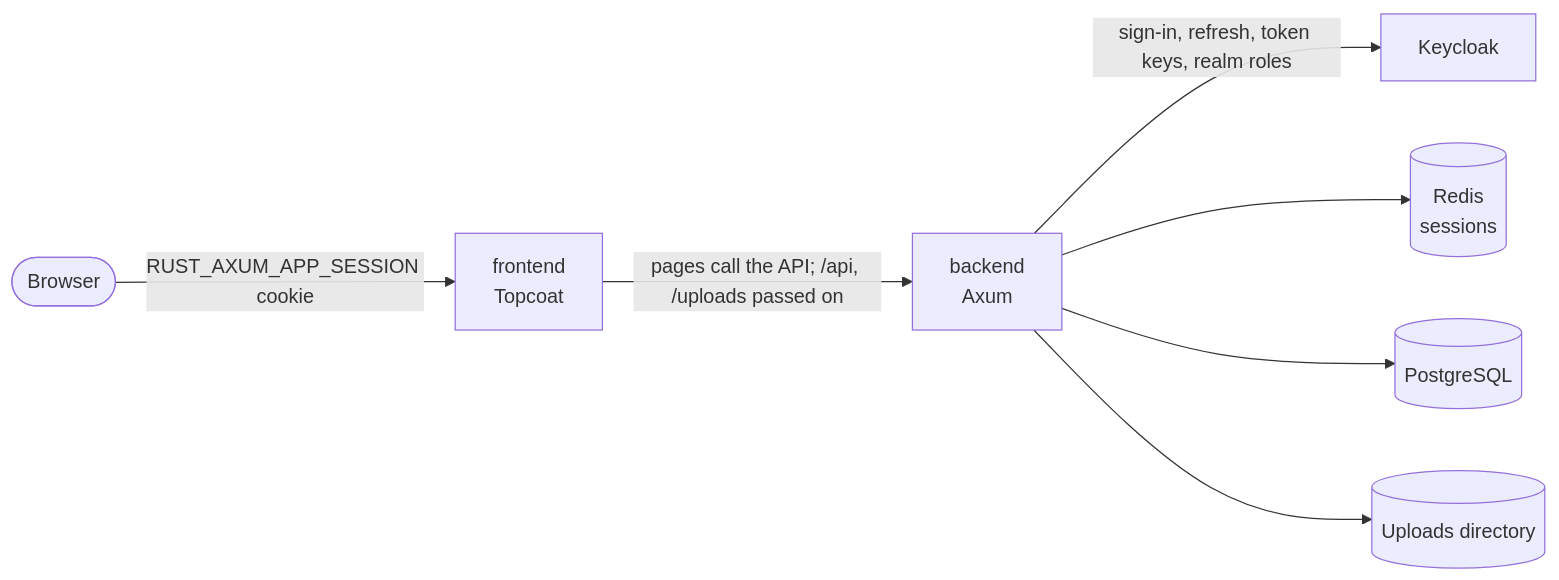
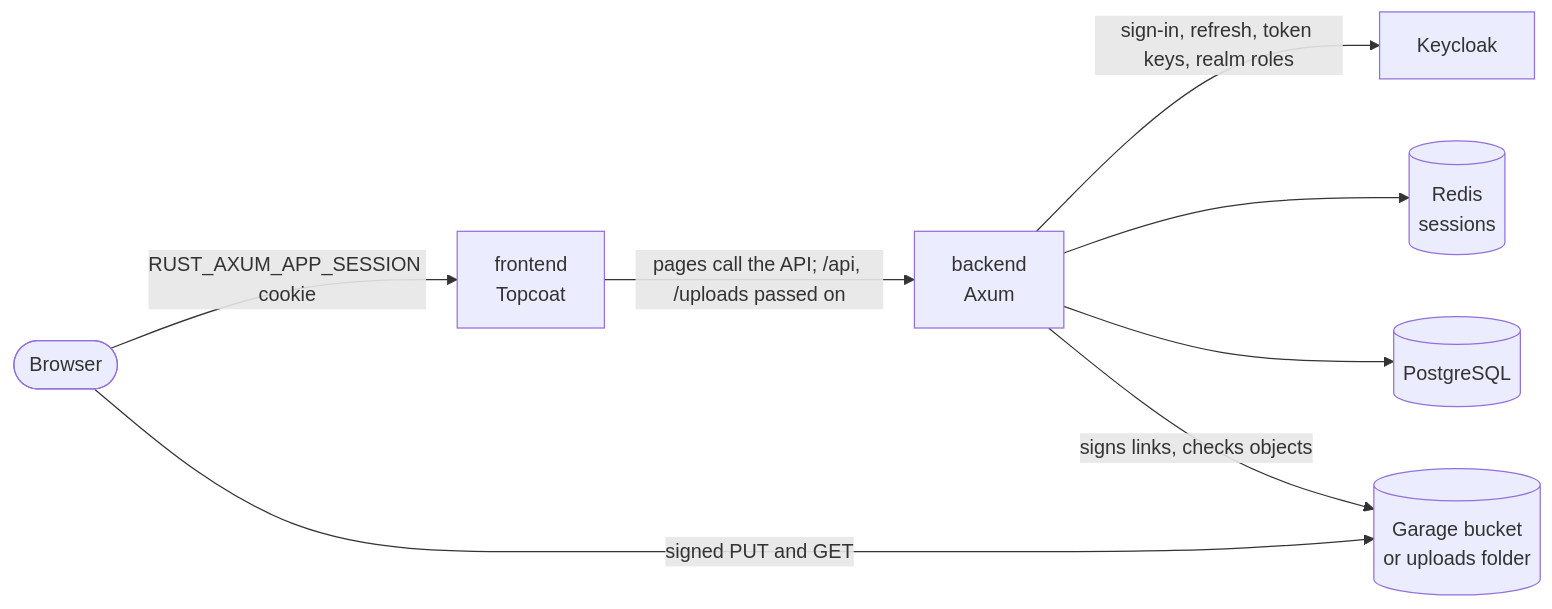
Before and after one commit to vertyll/rust-axum-app: the diagram in docs/architecture.md, drawn with Mermaid. The commit also changed other lines of this file and 81 other files, not shown here.

Commit message:
feat(files): upload and download through signed links to Garage or the local disk

````diff
--- a/docs/architecture.md
+++ b/docs/architecture.md
@@ -5,17 +5,18 @@
 ```mermaid
 flowchart LR
     browser([Browser])
     front["frontend<br/>Topcoat"]
     back["backend<br/>Axum"]
     kc[Keycloak]
     redis[("Redis<br/>sessions")]
     pg[(PostgreSQL)]
-    files[("Uploads directory")]
+    files[("Garage bucket<br/>or uploads folder")]
 
     browser -- "RUST_AXUM_APP_SESSION cookie" --> front
     front -- "pages call the API; /api, /uploads passed on" --> back
     back -- "sign-in, refresh, token keys, realm roles" --> kc
     back --> redis
     back --> pg
-    back --> files
+    back -- "signs links, checks objects" --> files
+    browser -- "signed PUT and GET" --> files
 ```
````
